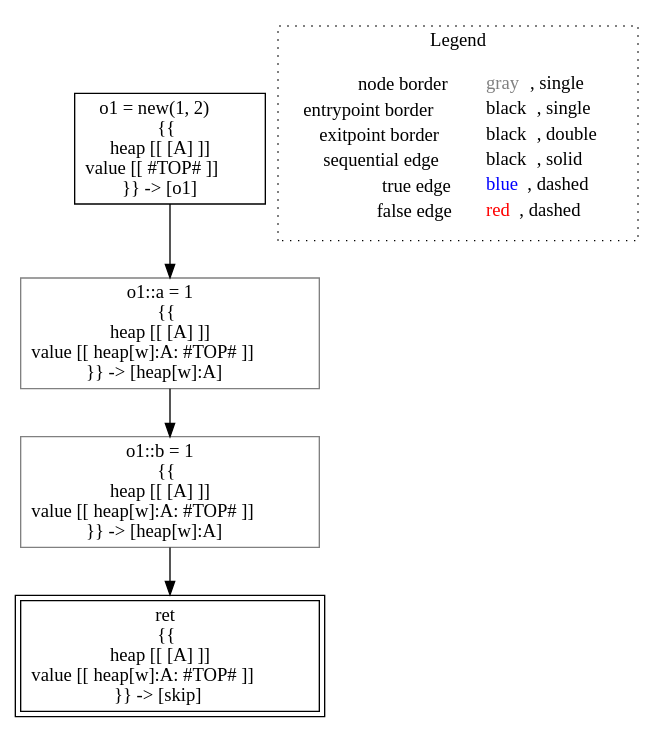
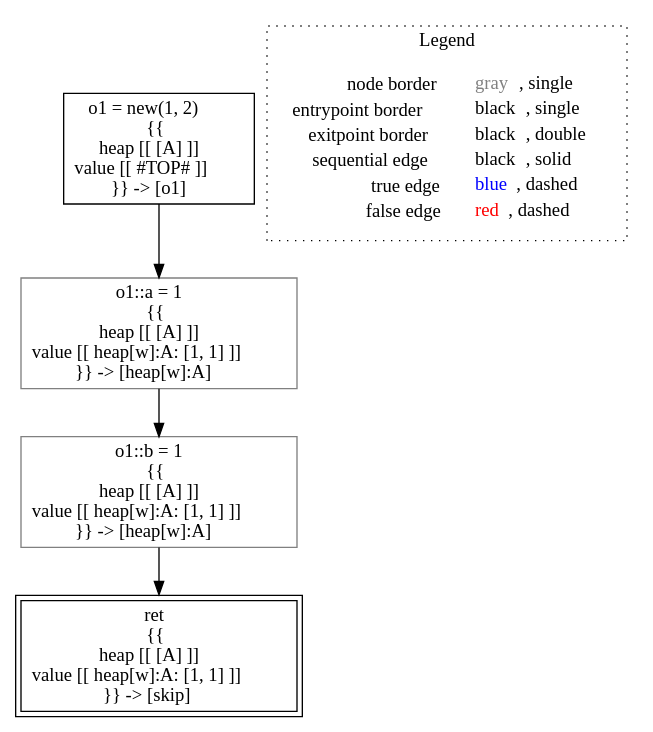
Before and after one commit to lisa-analyzer/lisa: the diagram in lisa/imp-testcases/heap/type-based-heap/analysis___untyped_A.f3(A_this).dot, drawn with Graphviz. The commit also changed 29 other files, not shown here.

```diff
--- a/lisa/imp-testcases/heap/type-based-heap/analysis___untyped_A.f3(A_this).dot
+++ b/lisa/imp-testcases/heap/type-based-heap/analysis___untyped_A.f3(A_this).dot
@@ -1,16 +1,16 @@
 digraph {
 	"node0" [shape="rect",color="black",label=<o1 = new(1, 2)<BR/>{{<BR/>heap [[ [A] ]]<BR/>value [[ #TOP# ]]<BR/>}} -&gt; [o1]>];
-	"node1" [shape="rect",color="gray",label=<o1::a = 1<BR/>{{<BR/>heap [[ [A] ]]<BR/>value [[ heap[w]:A: #TOP# ]]<BR/>}} -&gt; [heap[w]:A]>];
-	"node2" [shape="rect",color="gray",label=<o1::b = 1<BR/>{{<BR/>heap [[ [A] ]]<BR/>value [[ heap[w]:A: #TOP# ]]<BR/>}} -&gt; [heap[w]:A]>];
-	"node3" [shape="rect",color="black",peripheries="2",label=<ret<BR/>{{<BR/>heap [[ [A] ]]<BR/>value [[ heap[w]:A: #TOP# ]]<BR/>}} -&gt; [skip]>];
-	"node1" -> "node2" [color="black"];
-	"node0" -> "node1" [color="black"];
-	"node2" -> "node3" [color="black"];
+	"node1" [shape="rect",color="black",peripheries="2",label=<ret<BR/>{{<BR/>heap [[ [A] ]]<BR/>value [[ heap[w]:A: [1, 1] ]]<BR/>}} -&gt; [skip]>];
+	"node2" [shape="rect",color="gray",label=<o1::b = 1<BR/>{{<BR/>heap [[ [A] ]]<BR/>value [[ heap[w]:A: [1, 1] ]]<BR/>}} -&gt; [heap[w]:A]>];
+	"node3" [shape="rect",color="gray",label=<o1::a = 1<BR/>{{<BR/>heap [[ [A] ]]<BR/>value [[ heap[w]:A: [1, 1] ]]<BR/>}} -&gt; [heap[w]:A]>];
+	"node2" -> "node1" [color="black"];
+	"node3" -> "node2" [color="black"];
+	"node0" -> "node3" [color="black"];
 subgraph cluster_legend {
 	label="Legend";
 	style=dotted;
 	node [shape=plaintext];
 	"legend" [label=<<table border="0" cellpadding="2" cellspacing="0" cellborder="0"><tr><td align="right">node border&nbsp;</td><td align="left"><font color="gray">gray</font>, single</td></tr><tr><td align="right">entrypoint border&nbsp;</td><td align="left"><font color="black">black</font>, single</td></tr><tr><td align="right">exitpoint border&nbsp;</td><td align="left"><font color="black">black</font>, double</td></tr><tr><td align="right">sequential edge&nbsp;</td><td align="left"><font color="black">black</font>, solid</td></tr><tr><td align="right">true edge&nbsp;</td><td align="left"><font color="blue">blue</font>, dashed</td></tr><tr><td align="right">false edge&nbsp;</td><td align="left"><font color="red">red</font>, dashed</td></tr></table>>];
 }
 
 }
```
